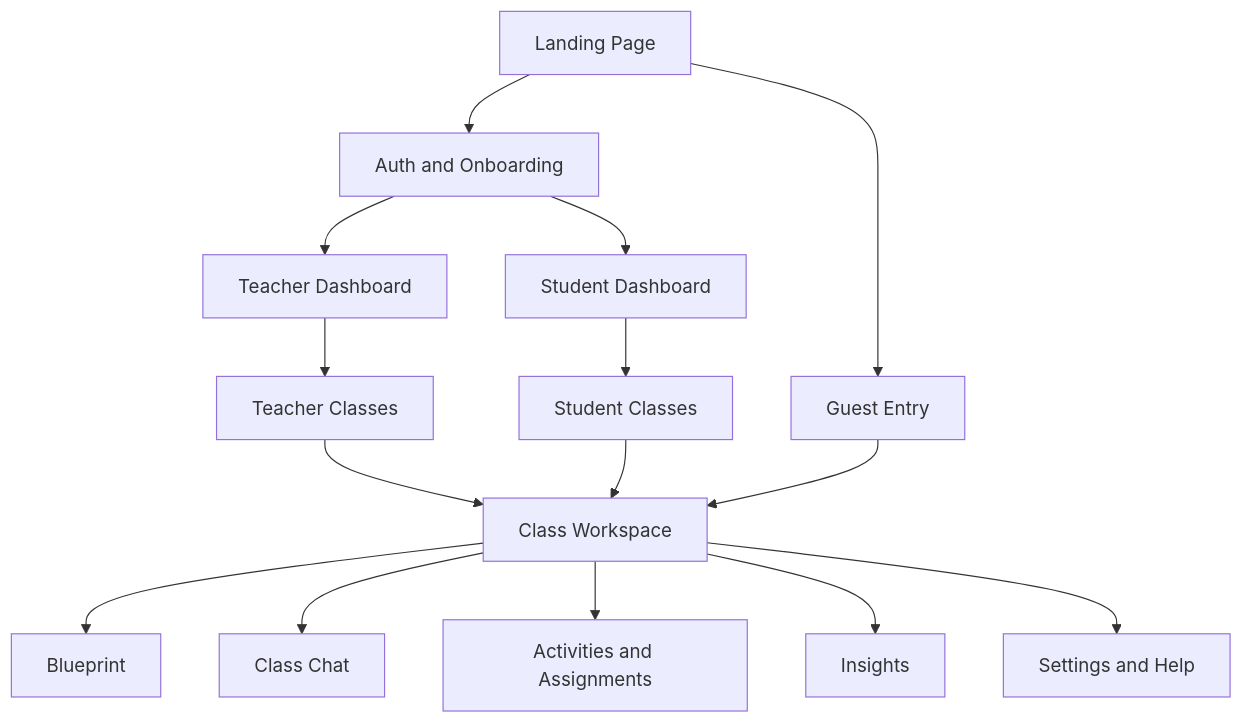
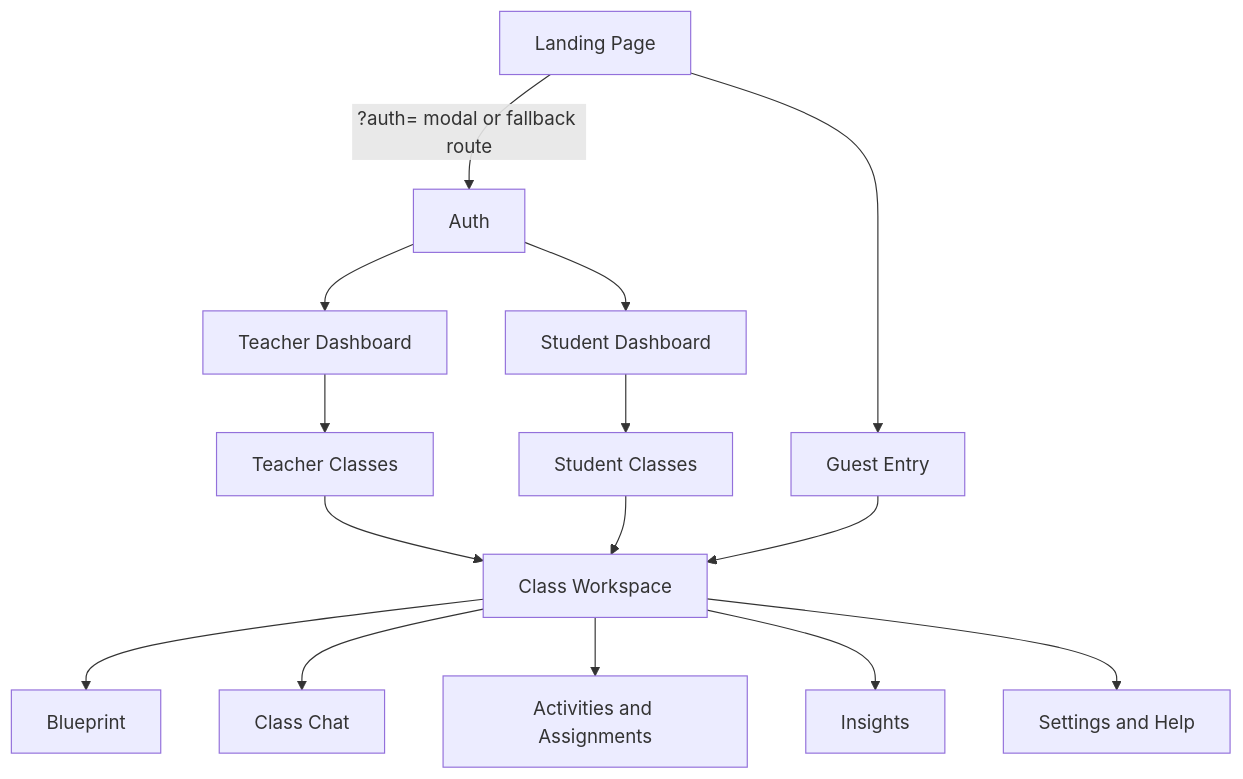
The first of 5 diagrams in DESIGN.md (comp3122-2526sem2/groupproject-team_8), drawn with Mermaid before and after one commit. The commit also changed 7 other files, not shown here.

````diff
--- a/DESIGN.md
+++ b/DESIGN.md
@@ -45,21 +45,21 @@
 ```mermaid
 flowchart TD
-    LP[Landing Page] --> AUTH[Auth and Onboarding]
+    LP[Landing Page] --> |"?auth= modal or fallback route"| AUTH[Auth]
     LP --> GUEST[Guest Entry]
 
     AUTH --> TD[Teacher Dashboard]
     AUTH --> SD[Student Dashboard]
 
     TD --> TC[Teacher Classes]
     SD --> SC[Student Classes]
 
     TC --> CW[Class Workspace]
     SC --> CW
     GUEST --> CW
 
     CW --> BP[Blueprint]
     CW --> CHAT[Class Chat]
     CW --> ACT[Activities and Assignments]
     CW --> INS[Insights]
     CW --> SET[Settings and Help]
 ```
````
